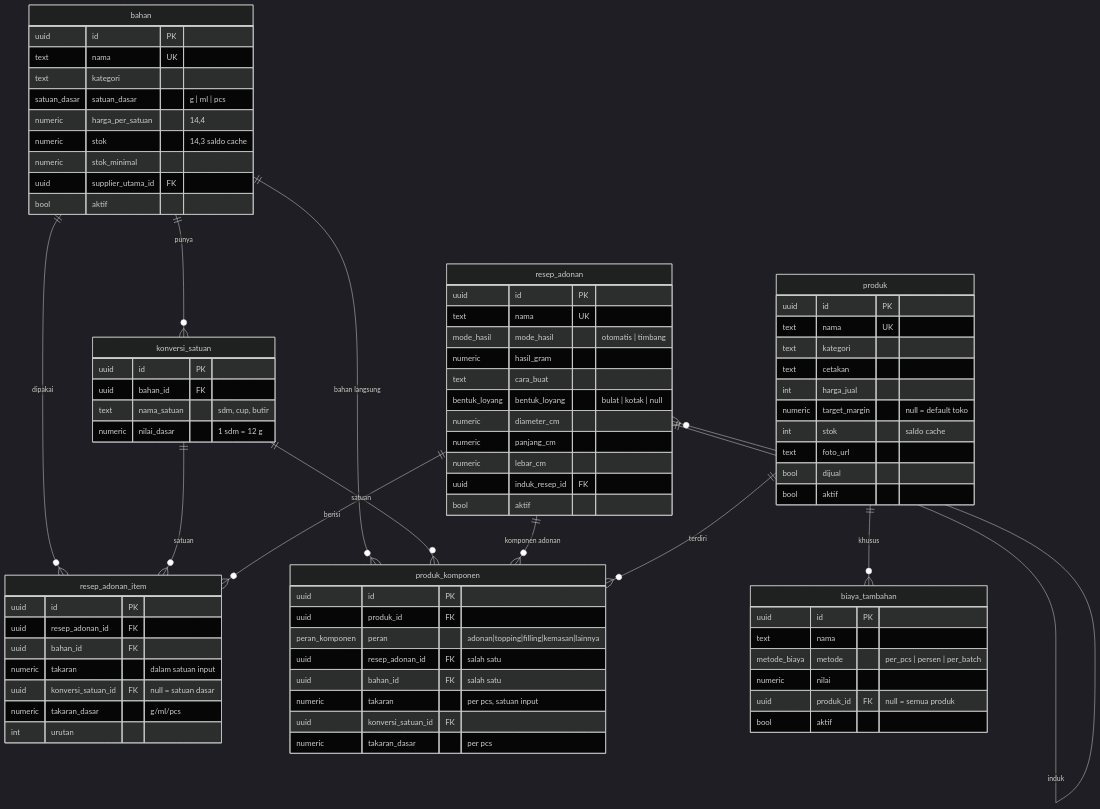
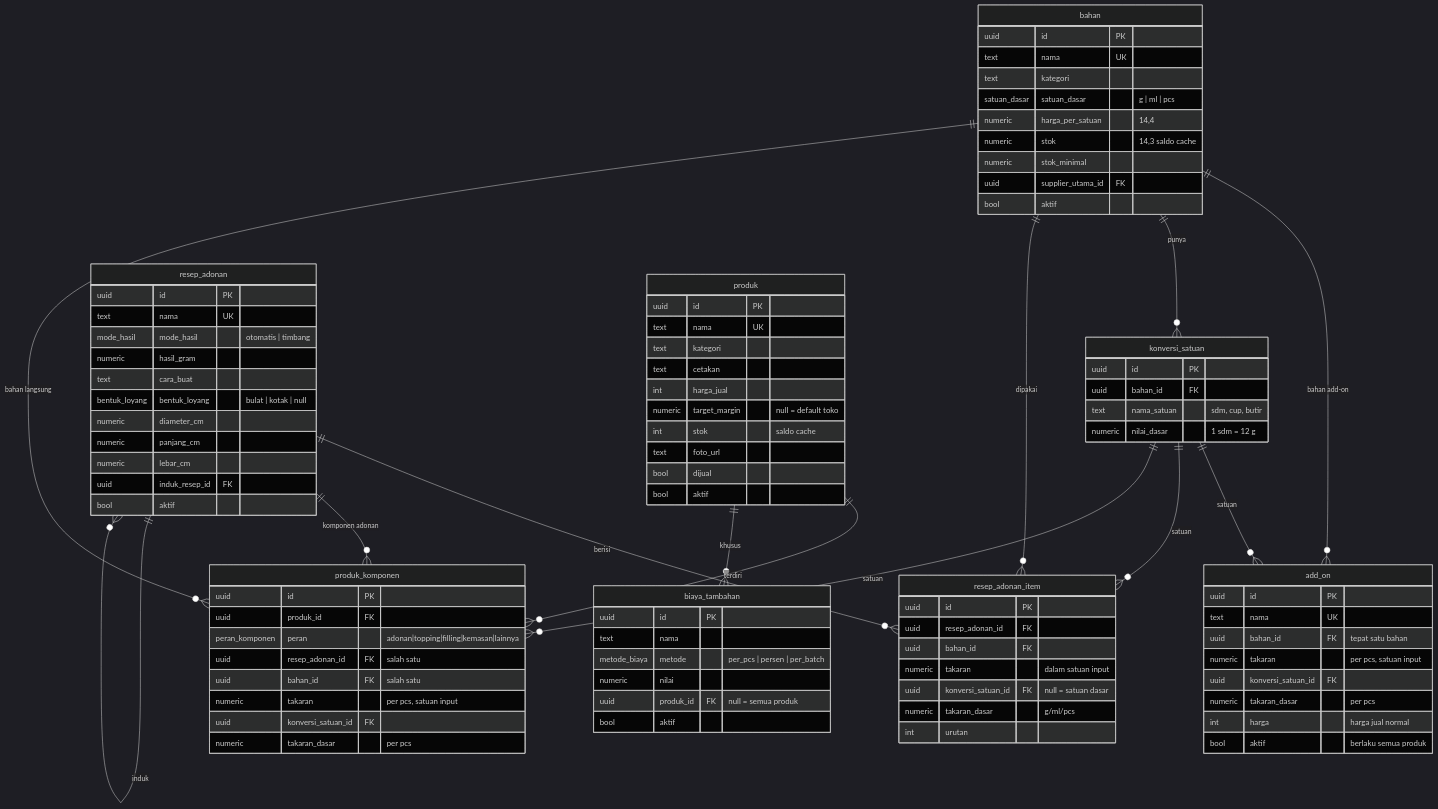
Before and after one commit to gilbertusk/bakery: the second of 5 diagrams in docs/ERD.md, drawn with Mermaid (dark theme). The commit also changed other lines of this file and 5 other files, not shown here.

Commit message:
docs: add-on (F-ADD) di PRD/ERD/PLAN/prompt

```diff
--- a/docs/ERD.md
+++ b/docs/ERD.md
@@ -158,7 +164,19 @@
         uuid produk_id FK "null = semua produk"
         bool aktif
     }
+    add_on {
+        uuid id PK
+        text nama UK
+        uuid bahan_id FK "tepat satu bahan"
+        numeric takaran "per pcs, satuan input"
+        uuid konversi_satuan_id FK
+        numeric takaran_dasar "per pcs"
+        int harga "harga jual normal"
+        bool aktif "berlaku semua produk"
+    }
 
+    bahan ||--o{ add_on : "bahan add-on"
+    konversi_satuan ||--o{ add_on : satuan
     bahan ||--o{ konversi_satuan : punya
     bahan ||--o{ resep_adonan_item : dipakai
     bahan ||--o{ produk_komponen : "bahan langsung"
```
